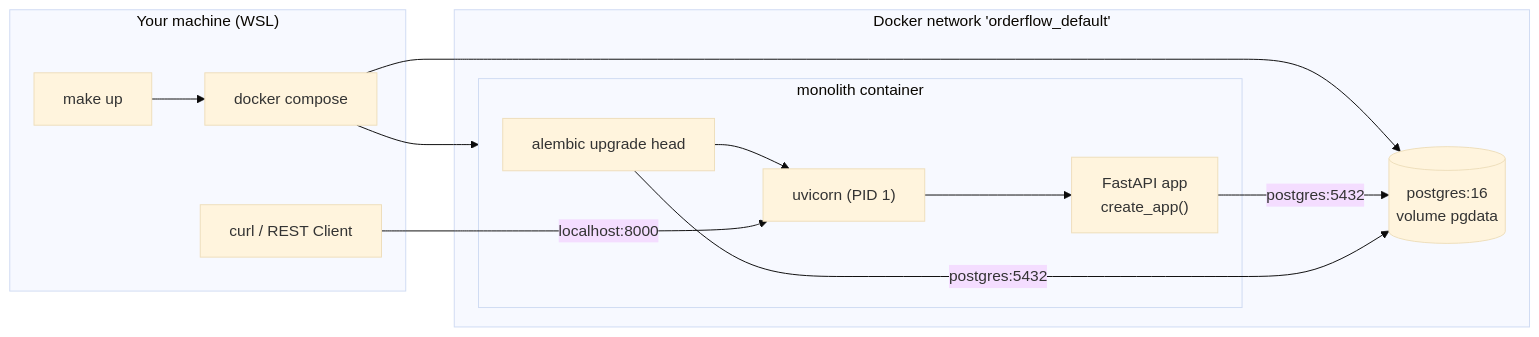
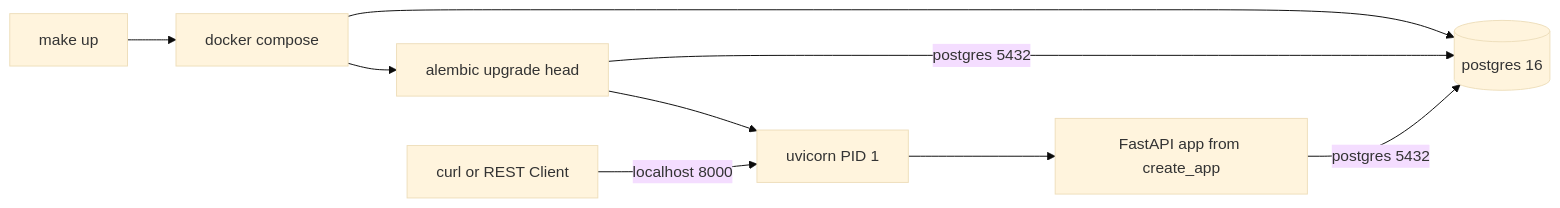
The first of 2 diagrams in docs/walkthrough/phase-0-runtime-flow.md (kumarjeyaeasan/orderflow), drawn with Mermaid (base theme) before and after one commit. The commit also changed other lines of this file and 2 other files, not shown here.

Commit message:
docs: git push guide, fix Mermaid diagrams, mark phase-0-done tagged

````diff
--- a/docs/walkthrough/phase-0-runtime-flow.md
+++ b/docs/walkthrough/phase-0-runtime-flow.md
@@ -14,18 +14,11 @@
 ```mermaid
 flowchart LR
-  subgraph Host["Your machine (WSL)"]
-    make["make up"] --> compose["docker compose"]
-    curl["curl / REST Client"]
-  end
-  subgraph Docker["Docker network 'orderflow_default'"]
-    pg[("postgres:16<br/>volume pgdata")]
-    subgraph mono["monolith container"]
-      alembic["alembic upgrade head"] --> uvicorn["uvicorn (PID 1)"] --> app["FastAPI app<br/>create_app()"]
-    end
-  end
-  compose --> pg
-  compose --> mono
-  curl -- "localhost:8000" --> uvicorn
-  app -- "postgres:5432" --> pg
-  alembic -- "postgres:5432" --> pg
+    make[make up] --> compose[docker compose]
+    compose --> pg[(postgres 16)]
+    compose --> alembic[alembic upgrade head]
+    alembic --> uvicorn[uvicorn PID 1]
+    uvicorn --> app[FastAPI app from create_app]
+    curl[curl or REST Client] -->|localhost 8000| uvicorn
+    alembic -->|postgres 5432| pg
+    app -->|postgres 5432| pg
 ```
````
